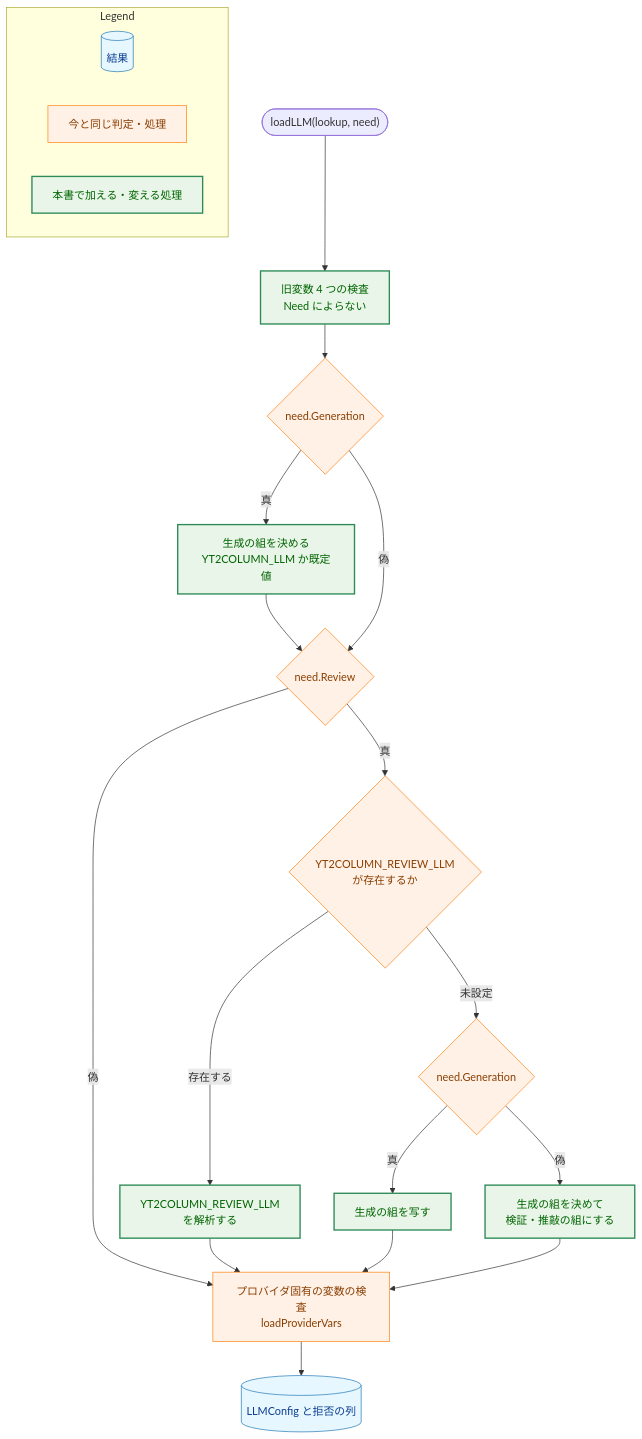
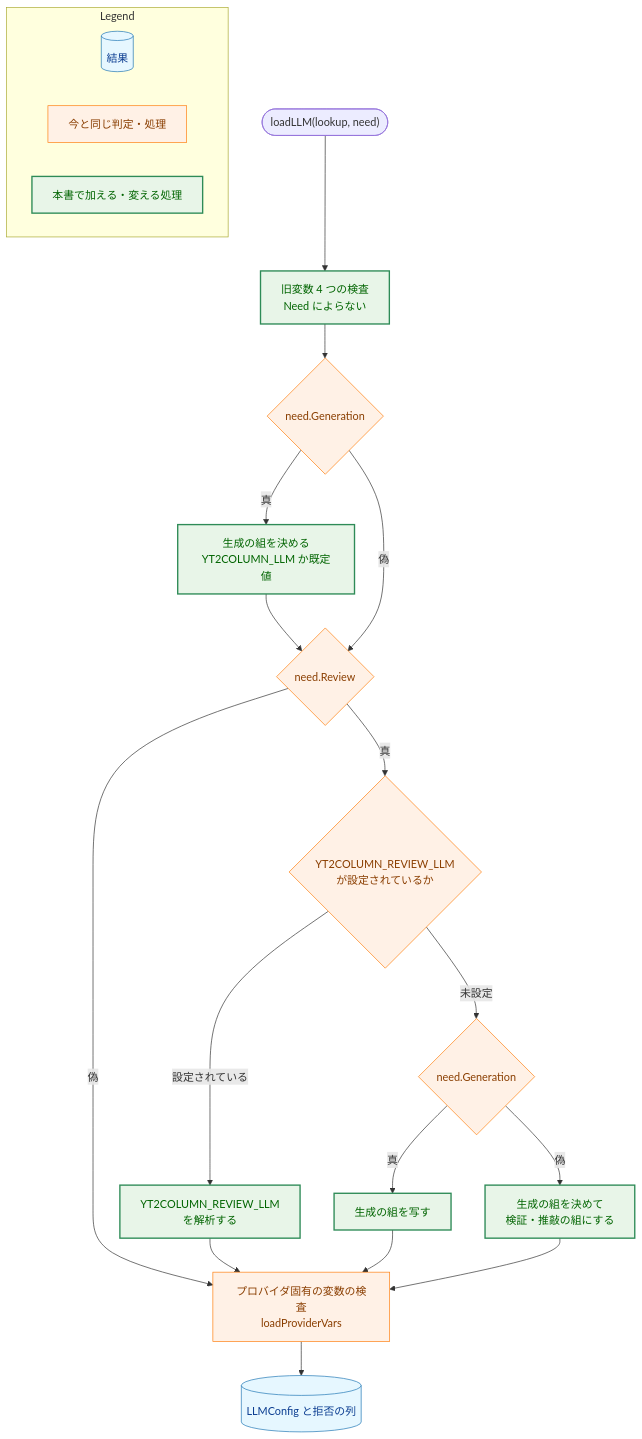
The fifth of 5 diagrams in docs/tasks/0045_llm_env_var/02_architecture.md (isseis/yt2column), drawn with Mermaid before and after one commit. The commit also changed other lines of this file, not shown here.

First line of the commit message:
docs(0045): address the architecture and prose review findings

````diff
--- a/docs/tasks/0045_llm_env_var/02_architecture.md
+++ b/docs/tasks/0045_llm_env_var/02_architecture.md
@@ -523,43 +547,43 @@
 ```mermaid
 flowchart TD
     classDef data fill:#e6f7ff,stroke:#1f77b4,stroke-width:1px,color:#0b3d91;
     classDef process fill:#fff1e6,stroke:#ff7f0e,stroke-width:1px,color:#8a3e00;
     classDef enhanced fill:#e8f5e8,stroke:#2e8b57,stroke-width:2px,color:#006400;
 
     START(["loadLLM(lookup, need)"])
     RET["旧変数 4 つの検査<br>Need によらない"]
     NG{"need.Generation"}
     GEN["生成の組を決める<br>YT2COLUMN_LLM か既定値"]
     NR{"need.Review"}
-    RSET{"YT2COLUMN_REVIEW_LLM<br>が存在するか"}
+    RSET{"YT2COLUMN_REVIEW_LLM<br>が設定されているか"}
     RPARSE["YT2COLUMN_REVIEW_LLM<br>を解析する"]
     RG{"need.Generation"}
     RCOPY["生成の組を写す"]
     RGEN["生成の組を決めて<br>検証・推敲の組にする"]
     PV["プロバイダ固有の変数の検査<br>loadProviderVars"]
     OUT[("LLMConfig と拒否の列")]
 
     START --> RET --> NG
     NG -->|"真"| GEN --> NR
     NG -->|"偽"| NR
     NR -->|"偽"| PV
     NR -->|"真"| RSET
-    RSET -->|"存在する"| RPARSE --> PV
+    RSET -->|"設定されている"| RPARSE --> PV
     RSET -->|"未設定"| RG
     RG -->|"真"| RCOPY --> PV
     RG -->|"偽"| RGEN --> PV
     PV --> OUT
 
     class OUT data
     class NG,NR,RSET,RG,PV process
     class RET,GEN,RPARSE,RCOPY,RGEN enhanced
 
     subgraph Legend["Legend"]
         L1[("結果")]
         L2["今と同じ判定・処理"]
         L3["本書で加える・変える処理"]
     end
     class L1 data
     class L2 process
     class L3 enhanced
 ```
````
